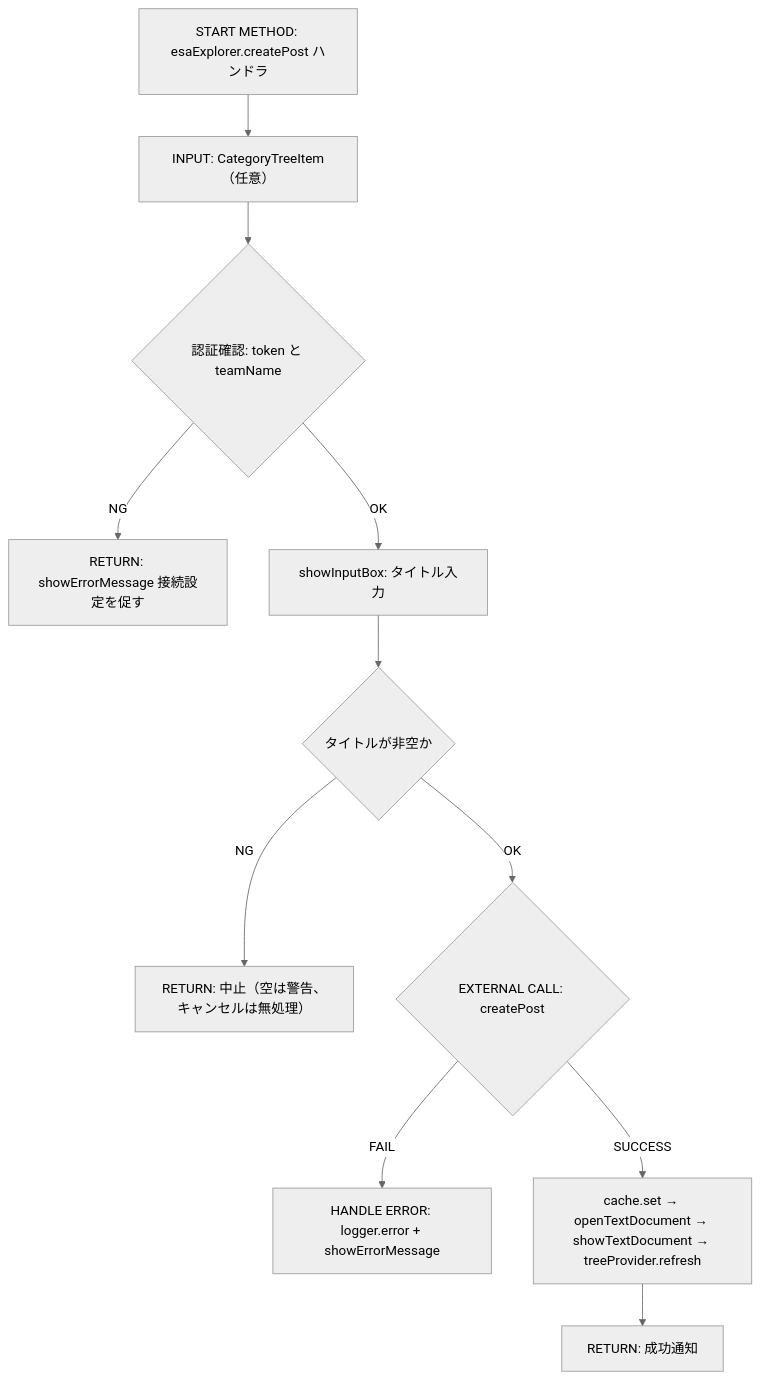
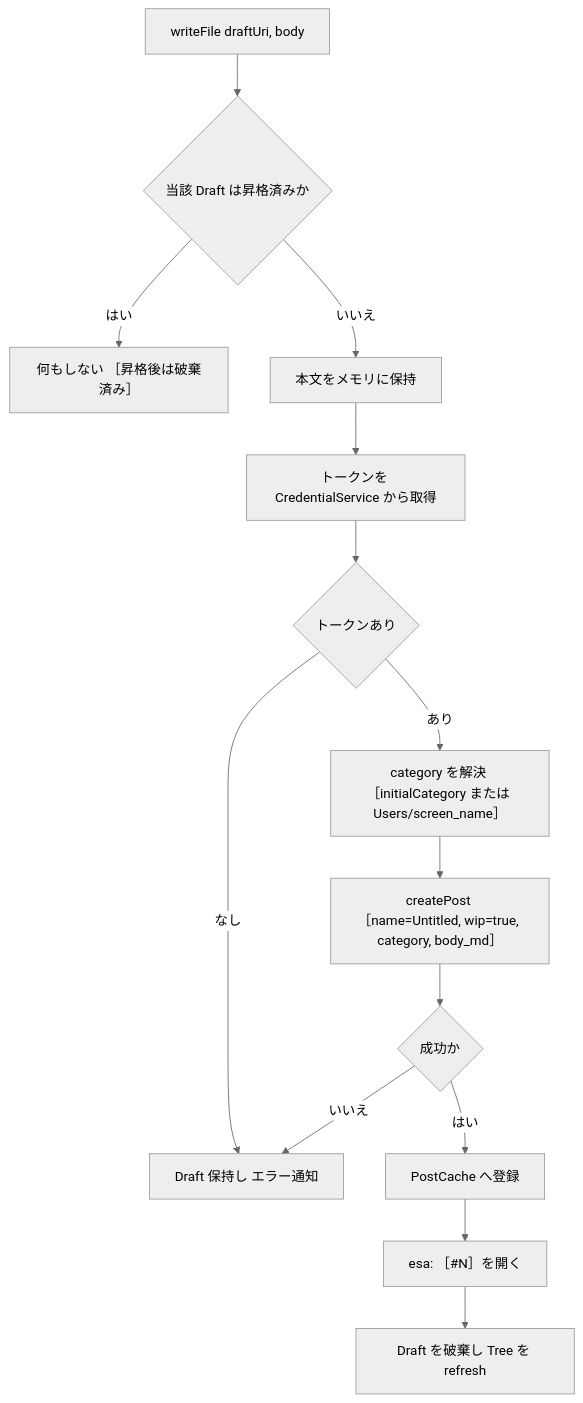
The fifth of 7 diagrams in .github/copilot/plans/3-create-post.md (LevelCapCoJapanTools/vscode_esa_explorer), drawn with Mermaid (neutral theme) before and after one commit. The commit also changed other lines of this file and 1 other file, not shown here.

````diff
--- a/.github/copilot/plans/3-create-post.md
+++ b/.github/copilot/plans/3-create-post.md
@@ -507,13 +222,16 @@
 ```mermaid
 flowchart TD
-  A["START METHOD: esaExplorer.createPost ハンドラ"] --> B["INPUT: CategoryTreeItem（任意）"]
-  B --> V{"認証確認: token と teamName"}
-  V -->|NG| W["RETURN: showErrorMessage 接続設定を促す"]
-  V -->|OK| I["showInputBox: タイトル入力"]
-  I --> C{"タイトルが非空か"}
-  C -->|NG| D["RETURN: 中止（空は警告、キャンセルは無処理）"]
-  C -->|OK| E{"EXTERNAL CALL: createPost"}
-  E -->|FAIL| F["HANDLE ERROR: logger.error + showErrorMessage"]
-  E -->|SUCCESS| G["cache.set → openTextDocument → showTextDocument → treeProvider.refresh"]
-  G --> H["RETURN: 成功通知"]
+    A["writeFile draftUri, body"] --> B{"当該 Draft は昇格済みか"}
+    B -->|"はい"| Z["何もしない ［昇格後は破棄済み］"]
+    B -->|"いいえ"| C["本文をメモリに保持"]
+    C --> D["トークンを CredentialService から取得"]
+    D --> E{"トークンあり"}
+    E -->|"なし"| Y["Draft 保持し エラー通知"]
+    E -->|"あり"| F["category を解決 ［initialCategory または Users/screen_name］"]
+    F --> G["createPost ［name=Untitled, wip=true, category, body_md］"]
+    G --> H{"成功か"}
+    H -->|"いいえ"| Y
+    H -->|"はい"| I["PostCache へ登録"]
+    I --> J["esa: ［#N］を開く"]
+    J --> K["Draft を破棄し Tree を refresh"]
 ```
````
